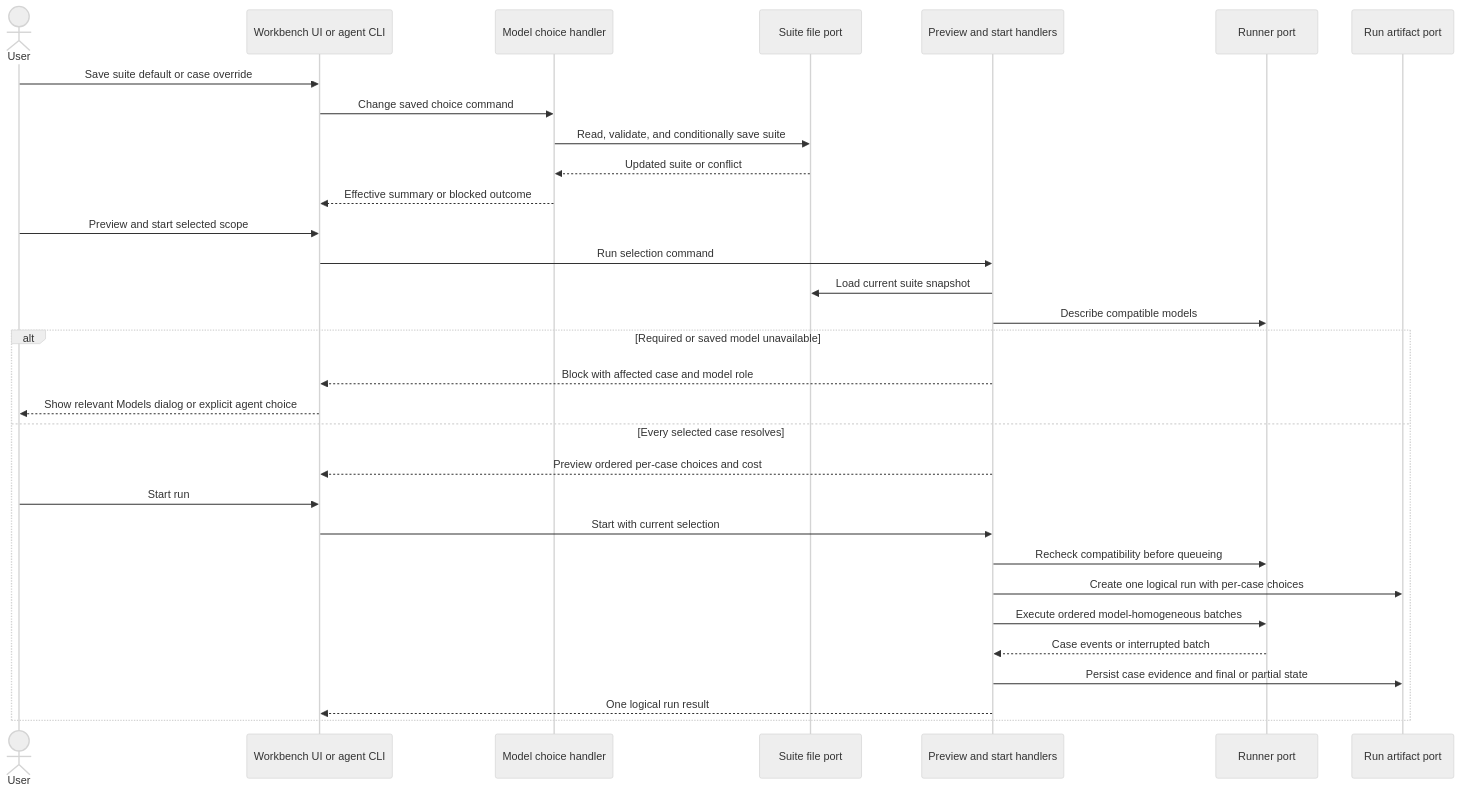
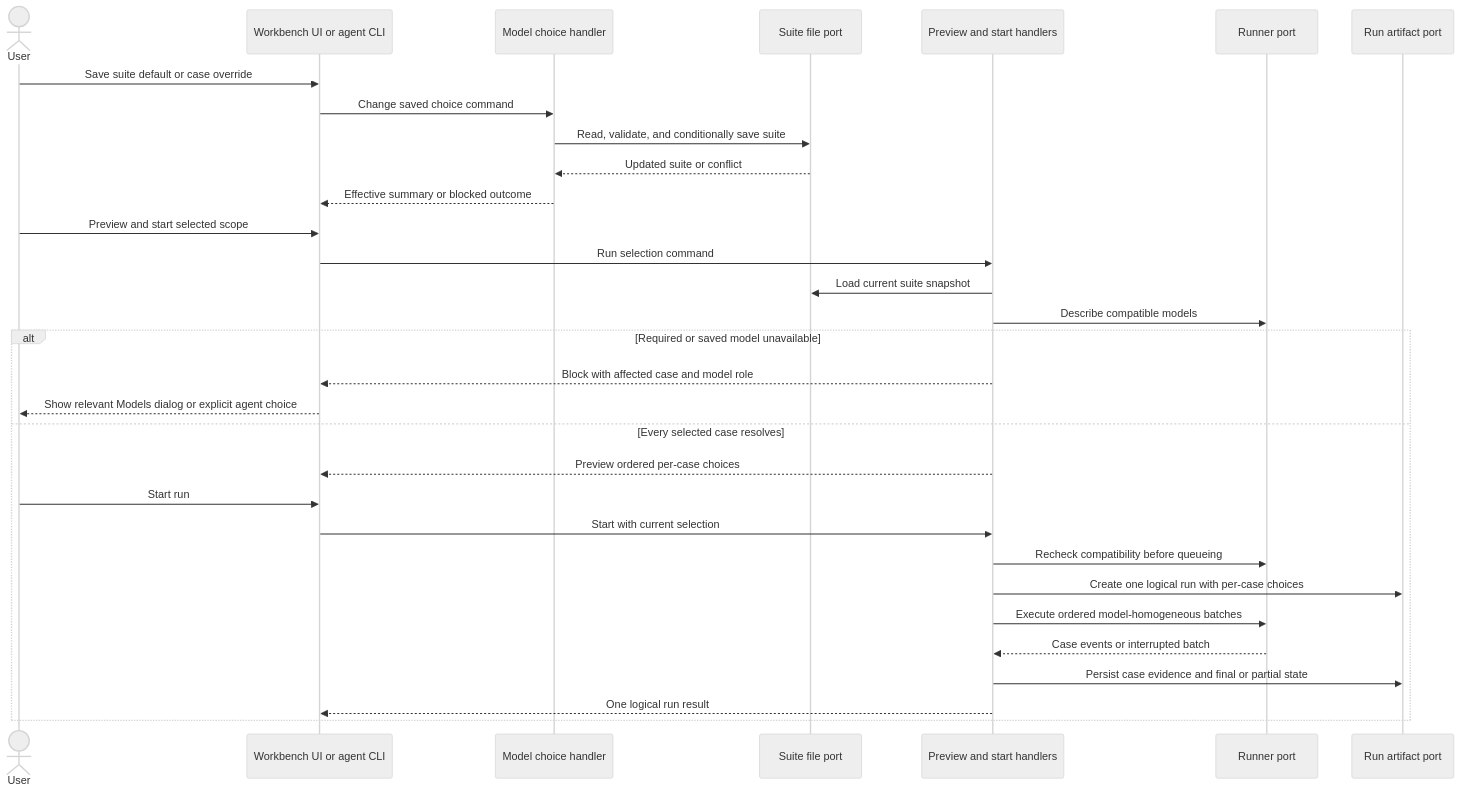
The diagram in docs/features/eval-model-defaults/sdd.md (juank11memphis/ai-augmented-workflow), drawn with Mermaid (neutral theme) before and after one commit. The commit also changed other lines of this file and 162 other files, not shown here.

````diff
--- a/docs/features/eval-model-defaults/sdd.md
+++ b/docs/features/eval-model-defaults/sdd.md
@@ -33,33 +33,33 @@
 ```mermaid
 sequenceDiagram
   actor User
   participant Surface as Workbench UI or agent CLI
   participant Choice as Model choice handler
   participant Suite as Suite file port
   participant Run as Preview and start handlers
   participant Runner as Runner port
   participant History as Run artifact port
   User->>Surface: Save suite default or case override
   Surface->>Choice: Change saved choice command
   Choice->>Suite: Read, validate, and conditionally save suite
   Suite-->>Choice: Updated suite or conflict
   Choice-->>Surface: Effective summary or blocked outcome
   User->>Surface: Preview and start selected scope
   Surface->>Run: Run selection command
   Run->>Suite: Load current suite snapshot
   Run->>Runner: Describe compatible models
   alt Required or saved model unavailable
     Run-->>Surface: Block with affected case and model role
     Surface-->>User: Show relevant Models dialog or explicit agent choice
   else Every selected case resolves
-    Run-->>Surface: Preview ordered per-case choices and cost
+    Run-->>Surface: Preview ordered per-case choices
     User->>Surface: Start run
     Surface->>Run: Start with current selection
     Run->>Runner: Recheck compatibility before queueing
     Run->>History: Create one logical run with per-case choices
     Run->>Runner: Execute ordered model-homogeneous batches
     Runner-->>Run: Case events or interrupted batch
     Run->>History: Persist case evidence and final or partial state
     Run-->>Surface: One logical run result
   end
 ```
````
